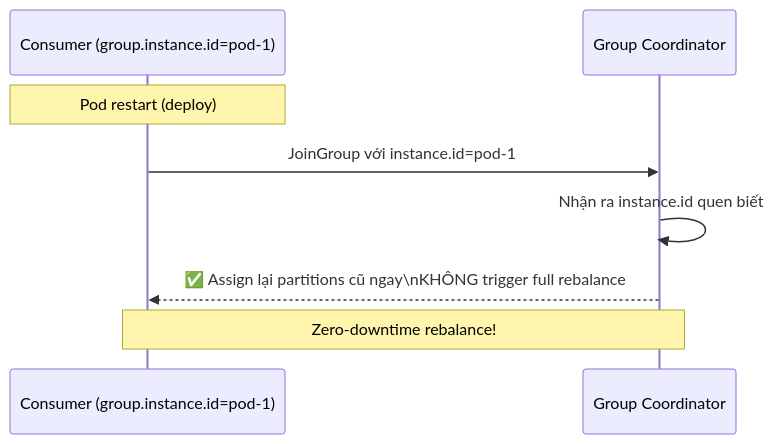
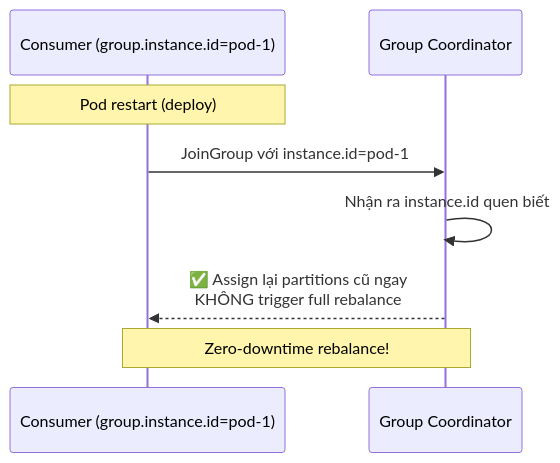
Diagram 11 of 17 in quartz/content/Microservices-Patterns/Kafka-Troubleshooting-and-Tips.md (dangthobach/dangthobach.github.io), drawn with Mermaid before and after one commit. The commit also changed other lines of this file and 114 other files, not shown here.

````diff
--- a/quartz/content/Microservices-Patterns/Kafka-Troubleshooting-and-Tips.md
+++ b/quartz/content/Microservices-Patterns/Kafka-Troubleshooting-and-Tips.md
@@ -440,11 +440,11 @@
 ```mermaid
 sequenceDiagram
     participant C as Consumer (group.instance.id=pod-1)
     participant GC as Group Coordinator
 
     Note over C: Pod restart (deploy)
     C->>GC: JoinGroup với instance.id=pod-1
     GC->>GC: Nhận ra instance.id quen biết
-    GC-->>C: ✅ Assign lại partitions cũ ngay\nKHÔNG trigger full rebalance
+    GC-->>C: ✅ Assign lại partitions cũ ngay<br/>KHÔNG trigger full rebalance
     Note over C,GC: Zero-downtime rebalance!
 ```
````
